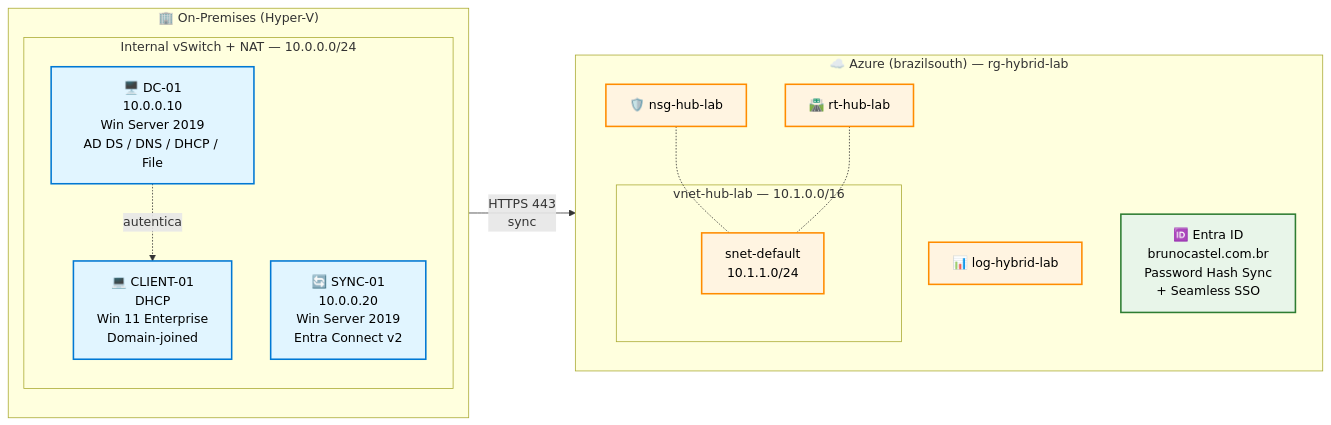
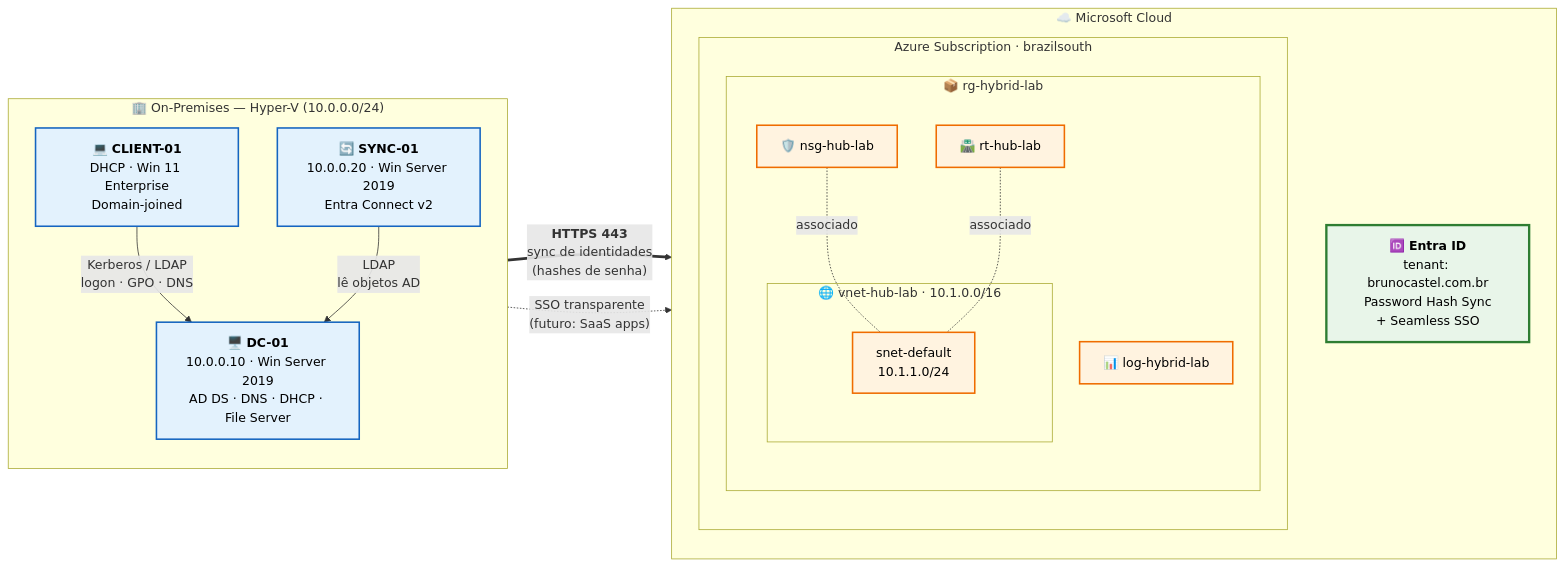
The diagram in README.md (brunokdalcastel/hybrid-lab-ad-entra), drawn with Mermaid before and after one commit.

Commit message:
docs: melhorar diagrama mermaid com fluxos de comunicacao reais

````diff
--- a/README.md
+++ b/README.md
@@ -9,34 +9,43 @@
 ```mermaid
 flowchart LR
-    subgraph OnPrem["🏢 On-Premises (Hyper-V)"]
+    subgraph OnPrem["🏢 On-Premises — Hyper-V (10.0.0.0/24)"]
         direction TB
-        subgraph Net["Internal vSwitch + NAT — 10.0.0.0/24"]
-            DC["🖥️ DC-01<br/>10.0.0.10<br/>Win Server 2019<br/>AD DS / DNS / DHCP / File"]
-            CLIENT["💻 CLIENT-01<br/>DHCP<br/>Win 11 Enterprise<br/>Domain-joined"]
-            SYNC["🔄 SYNC-01<br/>10.0.0.20<br/>Win Server 2019<br/>Entra Connect v2"]
-        end
+        DC["🖥️ <b>DC-01</b><br/>10.0.0.10 · Win Server 2019<br/>AD DS · DNS · DHCP · File Server"]
+        CLIENT["💻 <b>CLIENT-01</b><br/>DHCP · Win 11 Enterprise<br/>Domain-joined"]
+        SYNC["🔄 <b>SYNC-01</b><br/>10.0.0.20 · Win Server 2019<br/>Entra Connect v2"]
+
+        CLIENT -->|"Kerberos / LDAP<br/>logon · GPO · DNS"| DC
+        SYNC -->|"LDAP<br/>lê objetos AD"| DC
     end
 
-    subgraph Azure["☁️ Azure (brazilsouth) — rg-hybrid-lab"]
+    subgraph Cloud["☁️ Microsoft Cloud"]
         direction TB
-        subgraph VNET["vnet-hub-lab — 10.1.0.0/16"]
-            SUBNET["snet-default<br/>10.1.1.0/24"]
+        ENTRA["🆔 <b>Entra ID</b><br/>tenant: brunocastel.com.br<br/>Password Hash Sync<br/>+ Seamless SSO"]
+
+        subgraph Sub["Azure Subscription · brazilsouth"]
+            direction TB
+            subgraph RG["📦 rg-hybrid-lab"]
+                direction TB
+                subgraph VNET["🌐 vnet-hub-lab · 10.1.0.0/16"]
+                    SUBNET["snet-default<br/>10.1.1.0/24"]
+                end
+                NSG["🛡️ nsg-hub-lab"]
+                RT["🛣️ rt-hub-lab"]
+                LOG["📊 log-hybrid-lab"]
+            end
         end
-        NSG["🛡️ nsg-hub-lab"]
-        RT["🛣️ rt-hub-lab"]
-        LOG["📊 log-hybrid-lab"]
-        ENTRA["🆔 Entra ID<br/>brunocastel.com.br<br/>Password Hash Sync<br/>+ Seamless SSO"]
+
+        NSG -.-|"associado"| SUBNET
+        RT -.-|"associado"| SUBNET
     end
 
-    DC -.->|"autentica"| CLIENT
-    SYNC -->|"HTTPS 443<br/>sync"| ENTRA
-    NSG -.- SUBNET
-    RT -.- SUBNET
+    SYNC ==>|"<b>HTTPS 443</b><br/>sync de identidades<br/>(hashes de senha)"| ENTRA
+    CLIENT -.->|"SSO transparente<br/>(futuro: SaaS apps)"| ENTRA
 
-    classDef onprem fill:#e1f5ff,stroke:#0078d4,stroke-width:2px,color:#000
-    classDef azure fill:#fff4e1,stroke:#ff8c00,stroke-width:2px,color:#000
-    classDef entra fill:#e8f5e9,stroke:#2e7d32,stroke-width:2px,color:#000
+    classDef onprem fill:#e3f2fd,stroke:#1565c0,stroke-width:2px,color:#000
+    classDef azure fill:#fff3e0,stroke:#ef6c00,stroke-width:2px,color:#000
+    classDef entra fill:#e8f5e9,stroke:#2e7d32,stroke-width:3px,color:#000
     class DC,CLIENT,SYNC onprem
     class SUBNET,NSG,RT,LOG azure
     class ENTRA entra
 ```
````
